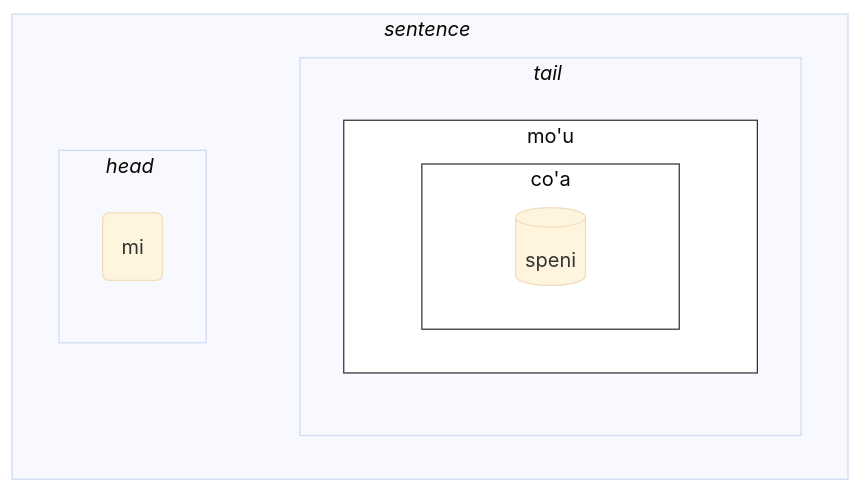
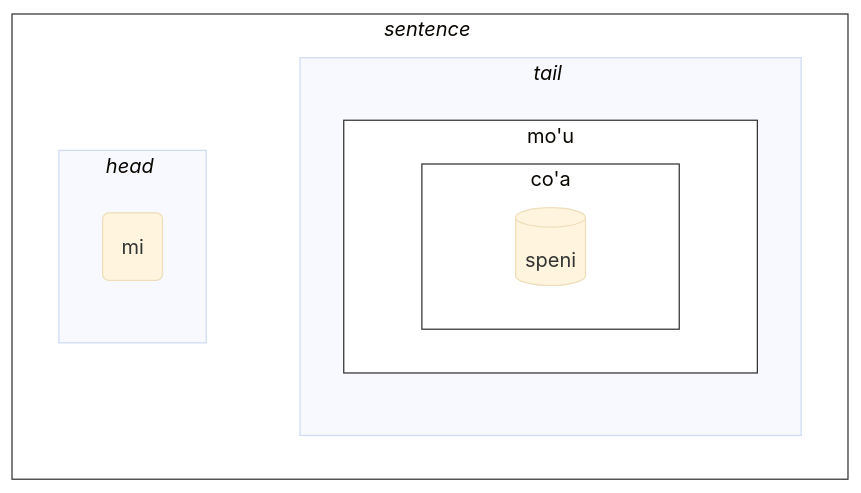
Before and after one commit to La-Lojban/lojban.pw: the third of 3 diagrams in data/pages/books/learn-lojban.md, drawn with Mermaid (base theme).

Commit message:
feat: 🎸 ll content

````diff
--- a/data/pages/books/learn-lojban.md
+++ b/data/pages/books/learn-lojban.md
@@ -3619,28 +3619,29 @@
 ```mermaid
 flowchart LR
     %% common structure:
     subgraph sentence["<i>sentence</i>#nbsp;"]
         direction LR
         head-terms
         tail
     end
     head-terms ~~~ tail
     subgraph head-terms["<i>head</i>#nbsp;"]
         t1
     end
     subgraph tail["<i>tail</i>#nbsp;"]
         subgraph m1["mo'u"]
             subgraph m2["co'a"]
                 brivla
             end
         end
     end
 
     t1(mi)
     brivla[(speni)]
 
     classDef blabi fill:#fff,stroke:#333;
     class m1 blabi;
     class m2 blabi;
+    class sentence blabi;
 
 ```
````
